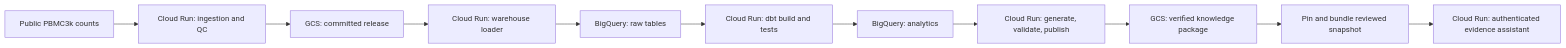
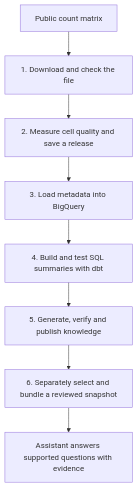
The diagram in README.md (suvrazastrovision/tracecell), drawn with Mermaid before and after one commit. The commit also changed other lines of this file and 24 other files, not shown here.

````diff
--- a/README.md
+++ b/README.md
@@ -15,13 +19,10 @@
 ```mermaid
-flowchart LR
-    Source[Public PBMC3k counts] --> QC[Cloud Run: ingestion and QC]
-    QC --> Release[GCS: committed release]
-    Release --> Load[Cloud Run: warehouse loader]
-    Load --> Raw[BigQuery: raw tables]
-    Raw --> dbt[Cloud Run: dbt build and tests]
-    dbt --> Analytics[BigQuery: analytics]
-    Analytics --> Knowledge[Cloud Run: generate, validate, publish]
-    Knowledge --> Package[GCS: verified knowledge package]
-    Package --> Snapshot[Pin and bundle reviewed snapshot]
-    Snapshot --> Assistant[Cloud Run: authenticated evidence assistant]
+flowchart TD
+    A[Public count matrix] --> B[1. Download and check the file]
+    B --> C[2. Measure cell quality and save a release]
+    C --> D[3. Load metadata into BigQuery]
+    D --> E[4. Build and test SQL summaries with dbt]
+    E --> F[5. Generate, verify and publish knowledge]
+    F --> G[6. Separately select and bundle a reviewed snapshot]
+    G --> H[Assistant answers supported questions with evidence]
 ```
````
